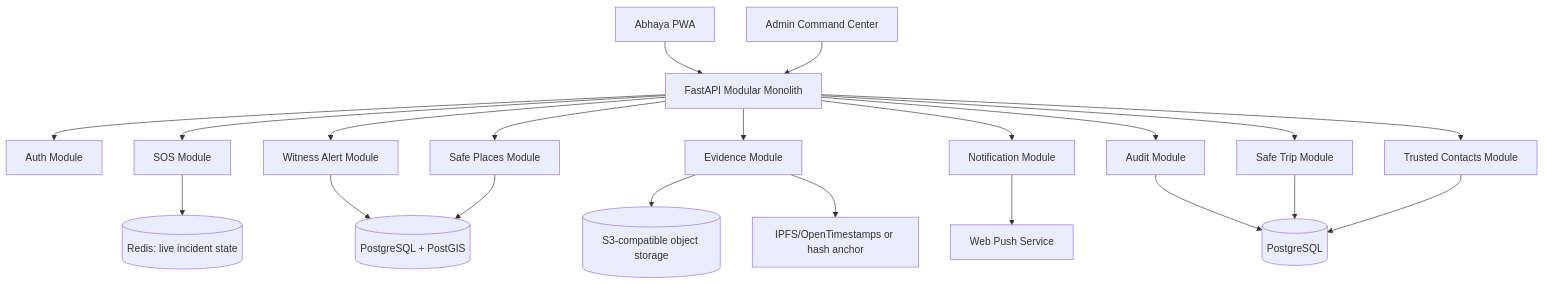
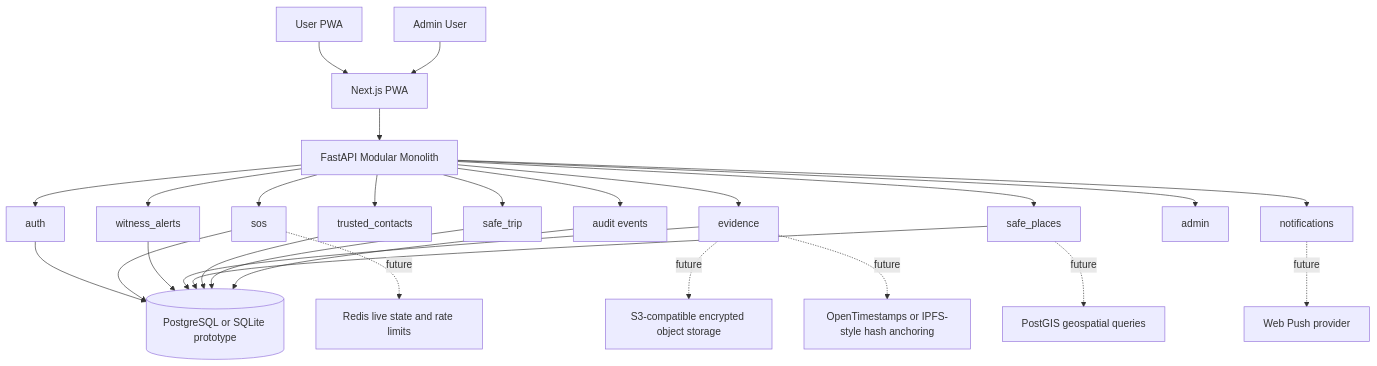
Before and after one commit to charanreddy-21/Abhaya: the first of 3 diagrams in README.md, drawn with Mermaid. The commit also changed other lines of this file, not shown here.

Commit message:
docs: rewrite project readme with architecture and deployment guide

````diff
--- a/README.md
+++ b/README.md
@@ -113,25 +65,32 @@
 ```mermaid
 flowchart TD
-    UserPWA[Abhaya PWA] --> API[FastAPI Modular Monolith]
-    AdminWeb[Admin Command Center] --> API
+    User[User PWA] --> Web[Next.js PWA]
+    Admin[Admin User] --> Web
+    Web --> API[FastAPI Modular Monolith]
 
-    API --> Auth[Auth Module]
-    API --> SOS[SOS Module]
-    API --> Witness[Witness Alert Module]
-    API --> Evidence[Evidence Module]
-    API --> SafePlaces[Safe Places Module]
-    API --> Notifications[Notification Module]
-    API --> Audit[Audit Module]
-    API --> SafeTrip[Safe Trip Module]
-    API --> Contacts[Trusted Contacts Module]
+    API --> Auth[auth]
+    API --> SOS[sos]
+    API --> Witness[witness_alerts]
+    API --> Evidence[evidence]
+    API --> Places[safe_places]
+    API --> Contacts[trusted_contacts]
+    API --> Trip[safe_trip]
+    API --> Notifications[notifications]
+    API --> AdminModule[admin]
+    API --> Audit[audit events]
 
-    SOS --> Redis[(Redis: live incident state)]
-    Witness --> PostGIS[(PostgreSQL + PostGIS)]
-    Evidence --> ObjectStore[(S3-compatible object storage)]
-    Evidence --> Ledger[IPFS/OpenTimestamps or hash anchor]
-    Audit --> Postgres[(PostgreSQL)]
-    SafePlaces --> PostGIS
-    SafeTrip --> Postgres
-    Contacts --> Postgres
-    Notifications --> Push[Web Push Service]
+    Auth --> DB[(PostgreSQL or SQLite prototype)]
+    SOS --> DB
+    Witness --> DB
+    Evidence --> DB
+    Places --> DB
+    Contacts --> DB
+    Trip --> DB
+    Audit --> DB
+
+    Evidence -. future .-> ObjectStorage[S3-compatible encrypted object storage]
+    SOS -. future .-> Redis[Redis live state and rate limits]
+    Places -. future .-> PostGIS[PostGIS geospatial queries]
+    Evidence -. future .-> HashAnchor[OpenTimestamps or IPFS-style hash anchoring]
+    Notifications -. future .-> Push[Web Push provider]
 ```
````
